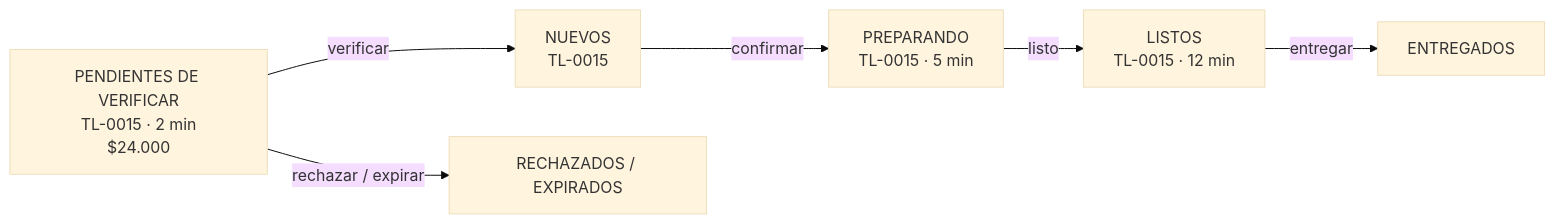
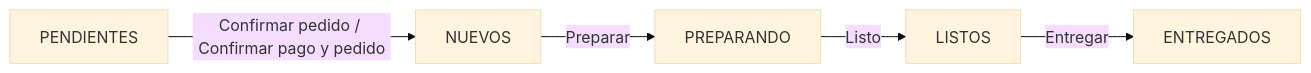
The tenth of 11 diagrams in docs/product/TL-HIGH-LEVEL-WORKFLOWS.md (sjo1848/taco-loco), drawn with Mermaid (base theme) before and after one commit. The commit also changed other lines of this file, not shown here.

Commit message:
docs: close Taco Loco order-flow HLD human review

````diff
--- a/docs/product/TL-HIGH-LEVEL-WORKFLOWS.md
+++ b/docs/product/TL-HIGH-LEVEL-WORKFLOWS.md
@@ -375,8 +328,7 @@
 ```mermaid
 flowchart LR
-    PV[PENDIENTES DE VERIFICAR\nTL-0015 · 2 min\n$24.000] -->|verificar| NEW[NUEVOS\nTL-0015]
-    NEW -->|confirmar| PREP[PREPARANDO\nTL-0015 · 5 min]
-    PREP -->|listo| READY[LISTOS\nTL-0015 · 12 min]
-    READY -->|entregar| DONE[ENTREGADOS]
-    PV -->|rechazar / expirar| CLOSED[RECHAZADOS / EXPIRADOS]
+    P[PENDIENTES] -->|Confirmar pedido / Confirmar pago y pedido| N[NUEVOS]
+    N -->|Preparar| I[PREPARANDO]
+    I -->|Listo| R[LISTOS]
+    R -->|Entregar| D[ENTREGADOS]
 ```
````
